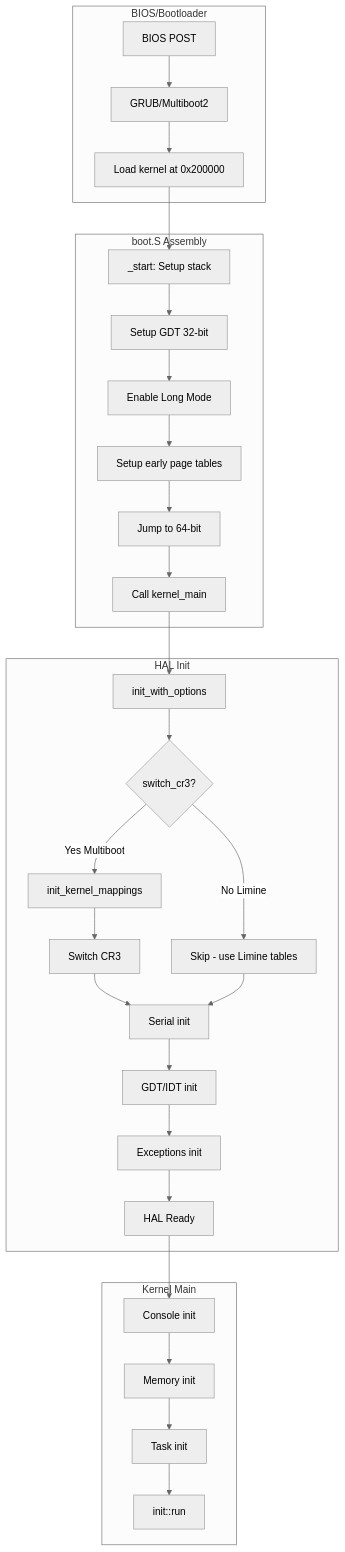
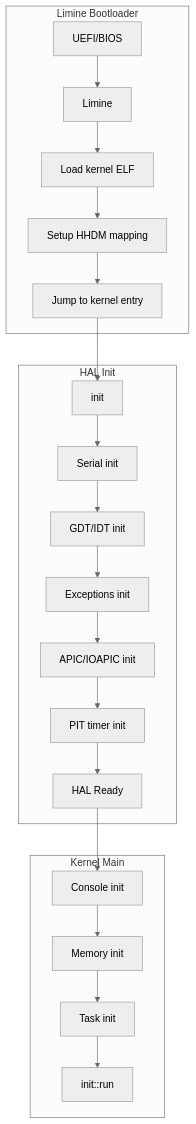
One commit to LevitateOS/LevitateOS changed the first of 6 diagrams in crates/hal/src/x86_64/README.md. Above: the diagram before and after it, drawn with Mermaid (neutral theme). The commit also changed other lines of this file and 15 other files, not shown here.

First line of the commit message:
feat: remove Multiboot2 support and simplify to Limine-only boot protocol (TEAM_317)

````diff
--- a/crates/hal/src/x86_64/README.md
+++ b/crates/hal/src/x86_64/README.md
@@ -21,36 +21,26 @@
 ```mermaid
 flowchart TD
-    subgraph BIOS/Bootloader
-        A[BIOS POST] --> B[GRUB/Multiboot2]
-        B --> C[Load kernel at 0x200000]
-    end
-
-    subgraph boot.S Assembly
-        C --> D[_start: Setup stack]
-        D --> E[Setup GDT 32-bit]
-        E --> F[Enable Long Mode]
-        F --> G[Setup early page tables]
-        G --> H[Jump to 64-bit]
-        H --> I[Call kernel_main]
+    subgraph Limine Bootloader
+        A[UEFI/BIOS] --> B[Limine]
+        B --> C[Load kernel ELF]
+        C --> D[Setup HHDM mapping]
+        D --> E[Jump to kernel entry]
     end
 
     subgraph HAL Init
-        I --> J[init_with_options]
-        J --> K{switch_cr3?}
-        K -->|Yes Multiboot| L[init_kernel_mappings]
-        K -->|No Limine| M[Skip - use Limine tables]
-        L --> N[Switch CR3]
-        N --> O[Serial init]
-        M --> O
-        O --> P[GDT/IDT init]
-        P --> Q[Exceptions init]
-        Q --> R[HAL Ready]
+        E --> F[init]
+        F --> G[Serial init]
+        G --> H[GDT/IDT init]
+        H --> I[Exceptions init]
+        I --> J[APIC/IOAPIC init]
+        J --> K[PIT timer init]
+        K --> L[HAL Ready]
     end
 
     subgraph Kernel Main
-        R --> S[Console init]
-        S --> T[Memory init]
-        T --> U[Task init]
-        U --> V[init::run]
+        L --> M[Console init]
+        M --> N[Memory init]
+        N --> O[Task init]
+        O --> P[init::run]
     end
 ```
````
